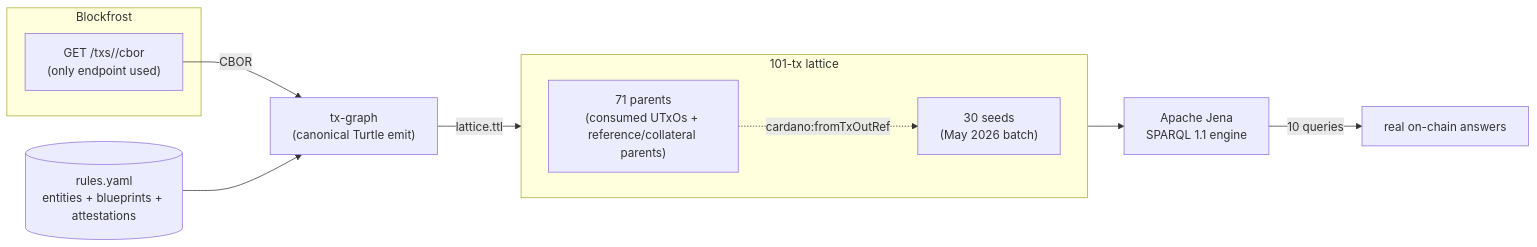
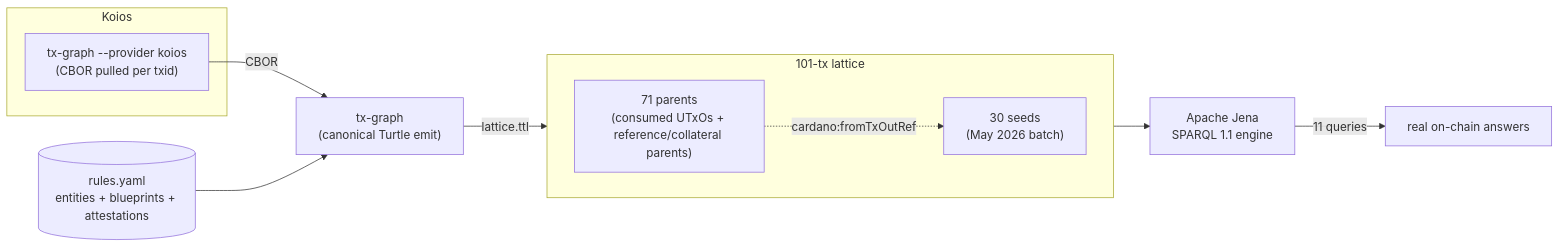
Before and after one commit to lambdasistemi/cardano-ledger-rdf: the diagram in docs/case-studies/2026-05-amaru-treasury/case.md, drawn with Mermaid. The commit also changed other lines of this file and 22 other files, not shown here.

````diff
--- a/docs/case-studies/2026-05-amaru-treasury/case.md
+++ b/docs/case-studies/2026-05-amaru-treasury/case.md
@@ -30,17 +30,17 @@
 ```mermaid
 flowchart LR
-  subgraph blockfrost[Blockfrost]
-    bf["GET /txs/<hash>/cbor<br/>(only endpoint used)"]
+  subgraph koios[Koios]
+    kc["tx-graph --provider koios<br/>(CBOR pulled per txid)"]
   end
-  bf -->|CBOR| txgraph
+  kc -->|CBOR| txgraph
   rules[("rules.yaml<br/>entities + blueprints + attestations")] --> txgraph
   txgraph["tx-graph<br/>(canonical Turtle emit)"] -->|lattice.ttl| lattice
   subgraph lattice["101-tx lattice"]
     direction LR
     seeds["30 seeds<br/>(May 2026 batch)"]
     parents["71 parents<br/>(consumed UTxOs + reference/collateral parents)"]
     parents -. cardano:fromTxOutRef .-> seeds
   end
   lattice --> jena
-  jena["Apache Jena<br/>SPARQL 1.1 engine"] -->|10 queries| results["real on-chain answers"]
+  jena["Apache Jena<br/>SPARQL 1.1 engine"] -->|11 queries| results["real on-chain answers"]
 ```
````
